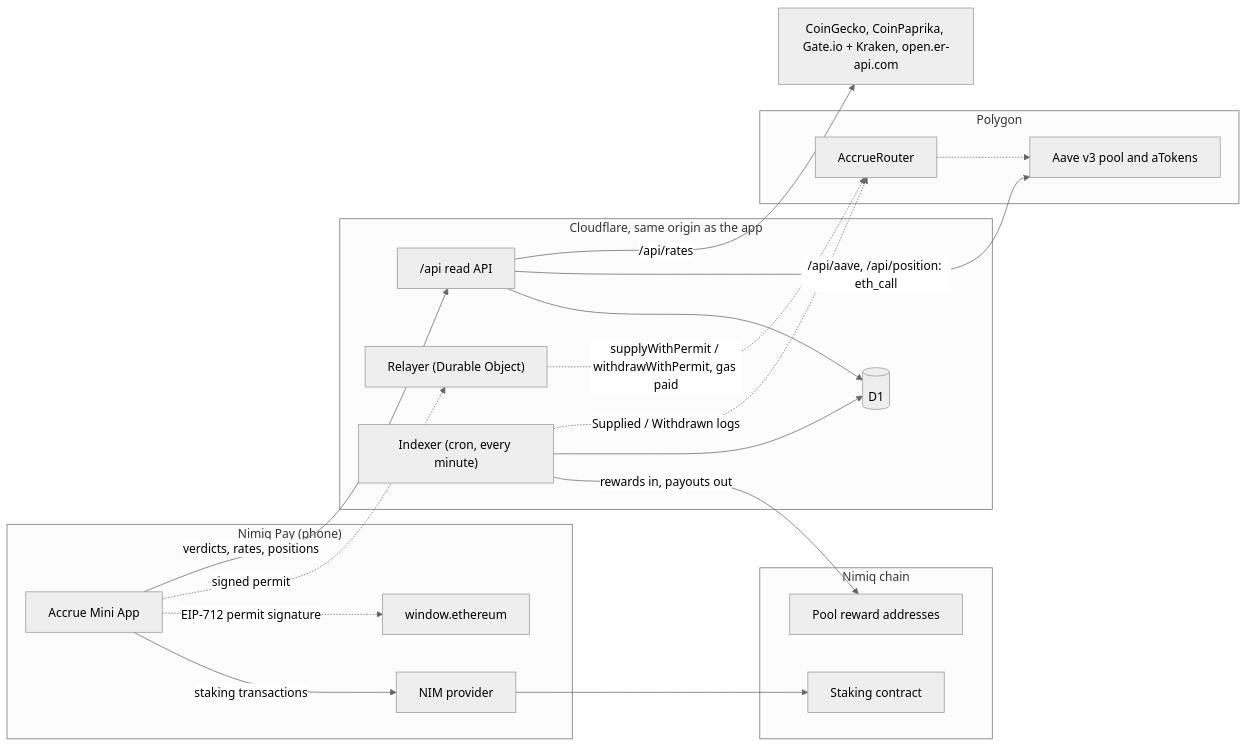
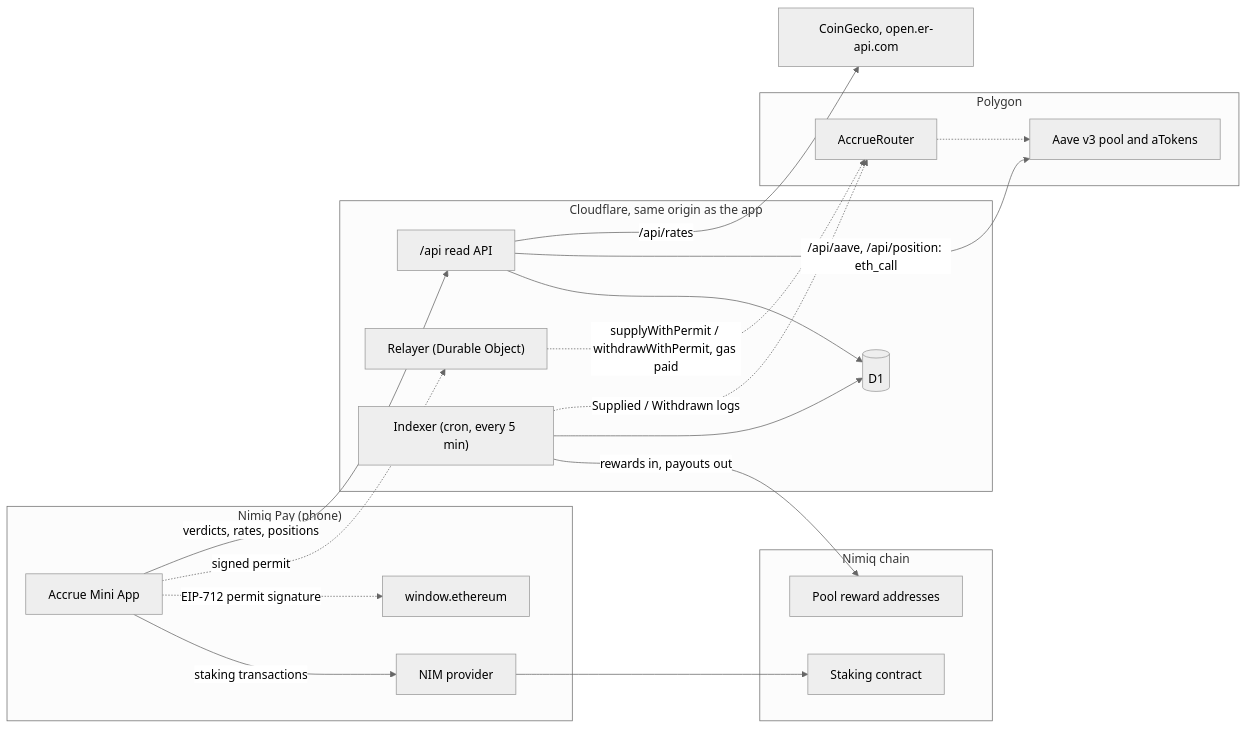
One commit to RaYYeR220/accrue changed the diagram in README.md. Above: the diagram before and after it, drawn with Mermaid (neutral theme). The commit also changed other lines of this file and 11 other files, not shown here.

````diff
--- a/README.md
+++ b/README.md
@@ -54,34 +54,34 @@
 ```mermaid
 flowchart LR
   subgraph pay["Nimiq Pay (phone)"]
     app["Accrue Mini App"]
     nimprov["NIM provider"]
     evmprov["window.ethereum"]
   end
   subgraph cf["Cloudflare, same origin as the app"]
     api["/api read API"]
     relay["Relayer (Durable Object)"]
-    idx["Indexer (cron, every minute)"]
+    idx["Indexer (cron, every 5 min)"]
     db[("D1")]
   end
   subgraph nimiq["Nimiq chain"]
     staking["Staking contract"]
     pools["Pool reward addresses"]
   end
   subgraph polygon["Polygon"]
     router["AccrueRouter"]
     aave["Aave v3 pool and aTokens"]
   end
-  fx["CoinGecko, CoinPaprika, Gate.io + Kraken, open.er-api.com"]
+  fx["CoinGecko, open.er-api.com"]
   app -->|"staking transactions"| nimprov --> staking
   app -.->|"EIP-712 permit signature"| evmprov
   app -.->|"signed permit"| relay
   relay -.->|"supplyWithPermit / withdrawWithPermit, gas paid"| router
   router -.-> aave
   app -->|"verdicts, rates, positions"| api --> db
   api -->|"/api/aave, /api/position: eth_call"| aave
   api -->|"/api/rates"| fx
   idx -->|"rewards in, payouts out"| pools
   idx --> db
   idx -.->|"Supplied / Withdrawn logs"| router
 ```
````
